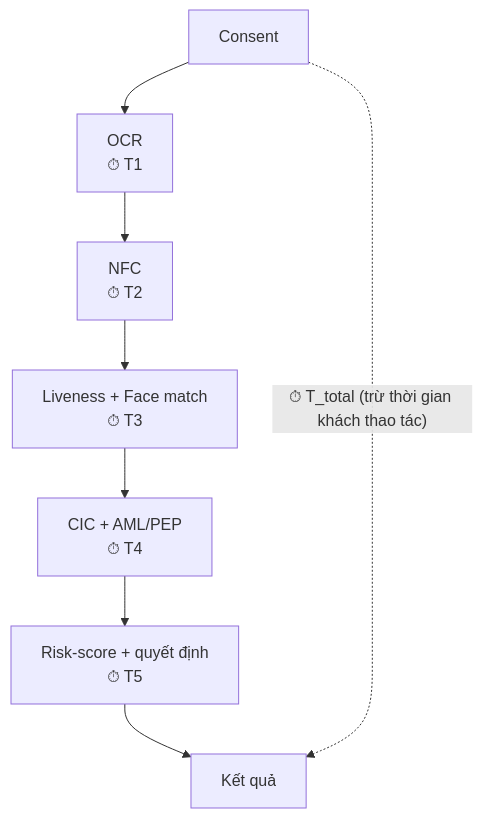
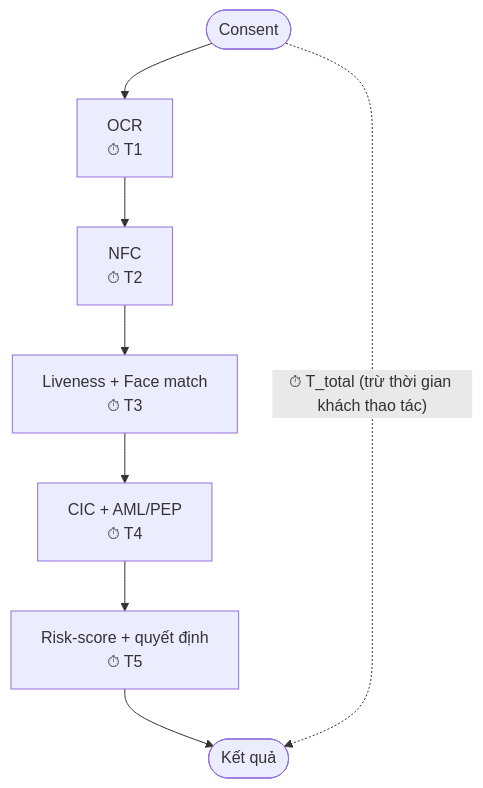
One commit to handao2303/aegis-ekyc-ui changed the diagram in docs/01-ekyc/1.4-testing/C15-performance-test-plan.md. Above: the diagram before and after it, drawn with Mermaid. The commit also changed other lines of this file and 54 other files, not shown here.

Commit message:
Full doc review: acceptance criteria for REQ-LIM-01..26, REQ-REC-21..24; header metadata (status, standard, version) completed on 24 docs; C03, Q01 approval; A03 API numbering note; start/end terminals on 10 process flowcharts; diagrams re-rendered

````diff
--- a/docs/01-ekyc/1.4-testing/C15-performance-test-plan.md
+++ b/docs/01-ekyc/1.4-testing/C15-performance-test-plan.md
@@ -12,10 +13,10 @@
 ```mermaid
 flowchart TB
-    A["Consent"] --> B["OCR<br/>⏱ T1"]
+    A(["Consent"]) --> B["OCR<br/>⏱ T1"]
     B --> C["NFC<br/>⏱ T2"]
     C --> D["Liveness + Face match<br/>⏱ T3"]
     D --> E["CIC + AML/PEP<br/>⏱ T4"]
     E --> F["Risk-score + quyết định<br/>⏱ T5"]
-    F --> G["Kết quả"]
+    F --> G(["Kết quả"])
     A -. "⏱ T_total (trừ thời gian khách thao tác)" .-> G
 ```
````
